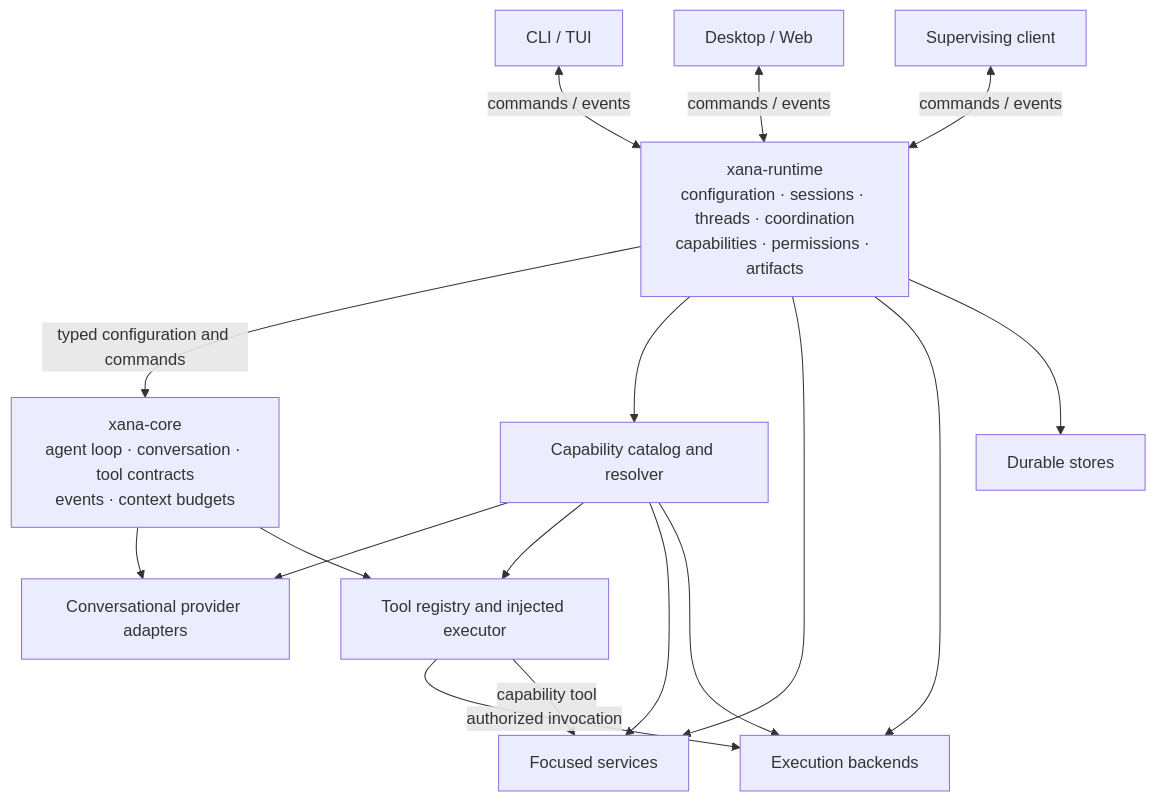
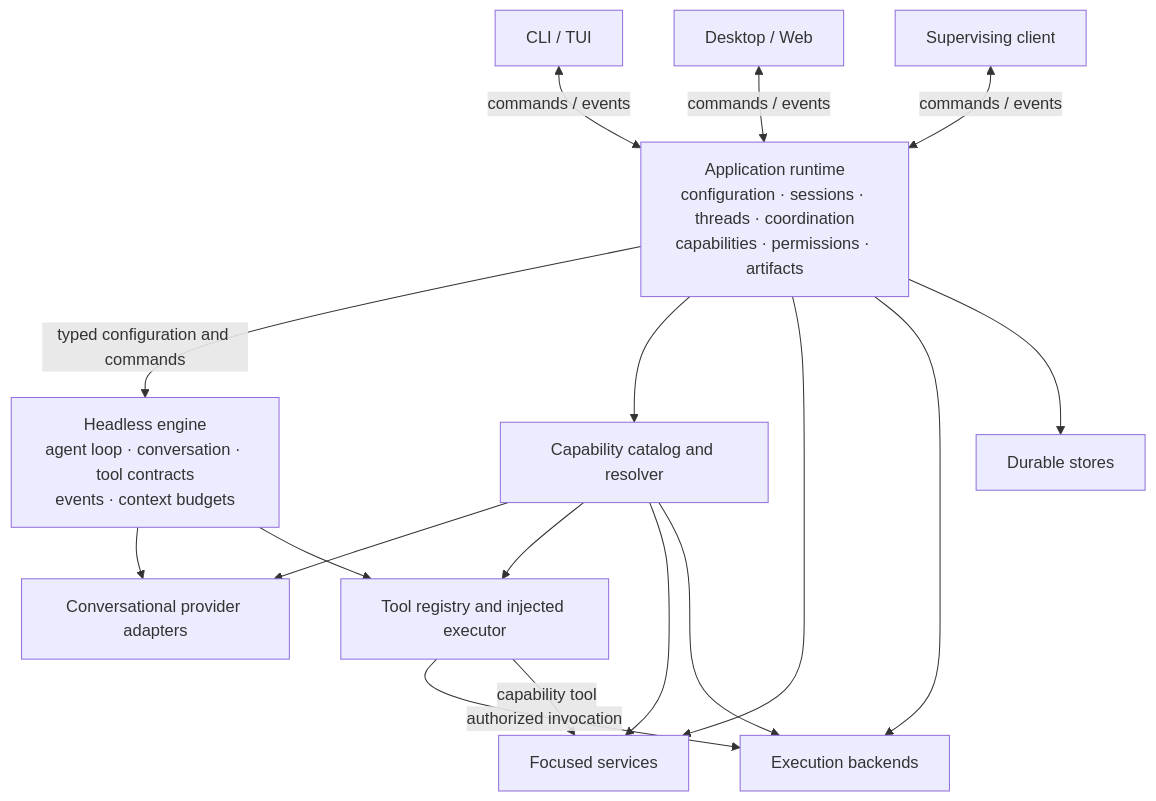
Before and after one commit to labcoder/xana: the diagram in docs/proposals/0001-runtime-and-frontend-boundaries.md, drawn with Mermaid. The commit also changed other lines of this file and 37 other files, not shown here.

Commit message:
refactor(architecture): consolidate Xana application package

````diff
--- a/docs/proposals/0001-runtime-and-frontend-boundaries.md
+++ b/docs/proposals/0001-runtime-and-frontend-boundaries.md
@@ -25,34 +25,34 @@
 ```mermaid
 flowchart TB
     CLI["CLI / TUI"]
     GUI["Desktop / Web"]
     CLIENT["Supervising client"]
 
-    RUNTIME["xana-runtime<br/>configuration · sessions · threads · coordination<br/>capabilities · permissions · artifacts"]
-    CORE["xana-core<br/>agent loop · conversation · tool contracts<br/>events · context budgets"]
+    RUNTIME["Application runtime<br/>configuration · sessions · threads · coordination<br/>capabilities · permissions · artifacts"]
+    CORE["Headless engine<br/>agent loop · conversation · tool contracts<br/>events · context budgets"]
     CATALOG["Capability catalog and resolver"]
 
     PROVIDERS["Conversational provider adapters"]
     TOOLS["Tool registry and injected executor"]
     SERVICES["Focused services"]
     EXECUTORS["Execution backends"]
     STORES["Durable stores"]
 
     CLI <-->|"commands / events"| RUNTIME
     GUI <-->|"commands / events"| RUNTIME
     CLIENT <-->|"commands / events"| RUNTIME
 
     RUNTIME -->|"typed configuration and commands"| CORE
     RUNTIME --> CATALOG
     CATALOG --> PROVIDERS
     CATALOG --> TOOLS
     CATALOG --> SERVICES
     CATALOG --> EXECUTORS
     CORE --> PROVIDERS
     CORE --> TOOLS
     RUNTIME --> SERVICES
     RUNTIME --> EXECUTORS
     TOOLS -->|"authorized invocation"| EXECUTORS
     TOOLS -->|"capability tool"| SERVICES
     RUNTIME --> STORES
 ```
````
